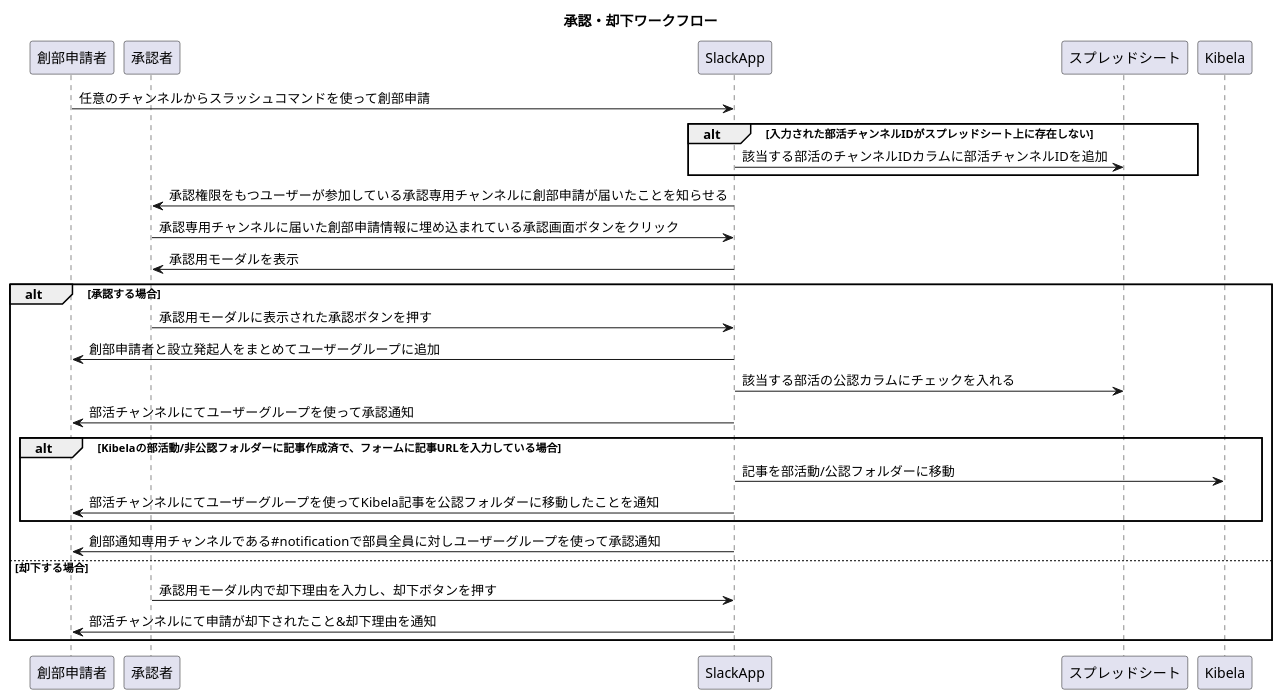
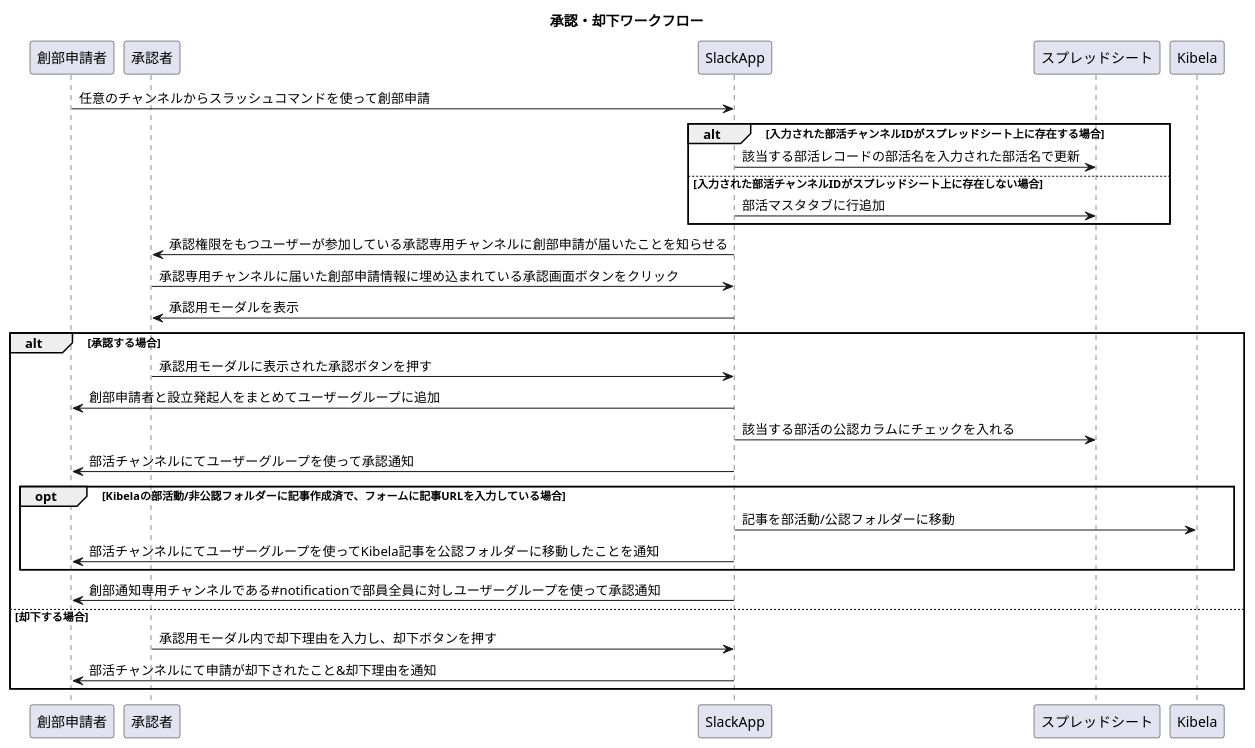
The diagram in docs/sequence-diagram/ButtonFlow.pu (tam-bourine/club-entry-manager), drawn with PlantUML before and after one commit.

Commit message:
update: 初回申請と2回目以降の条件変更

```diff
--- a/docs/sequence-diagram/ButtonFlow.pu
+++ b/docs/sequence-diagram/ButtonFlow.pu
@@ -1,29 +1,30 @@
 @startuml
 title 承認・却下ワークフロー
 
 participant 創部申請者
 participant 承認者
 
 創部申請者 -> SlackApp: 任意のチャンネルからスラッシュコマンドを使って創部申請
-alt 入力された部活チャンネルIDがスプレッドシート上に存在しない
-    SlackApp -> スプレッドシート: 該当する部活のチャンネルIDカラムに部活チャンネルIDを追加
+alt 入力された部活チャンネルIDがスプレッドシート上に存在する場合
+    SlackApp -> スプレッドシート: 該当する部活レコードの部活名を入力された部活名で更新
+else 入力された部活チャンネルIDがスプレッドシート上に存在しない場合
+    SlackApp -> スプレッドシート: 部活マスタタブに行追加
 end
 SlackApp -> 承認者: 承認権限をもつユーザーが参加している承認専用チャンネルに創部申請が届いたことを知らせる
 承認者 -> SlackApp: 承認専用チャンネルに届いた創部申請情報に埋め込まれている承認画面ボタンをクリック
 SlackApp -> 承認者: 承認用モーダルを表示
-
 alt 承認する場合
     承認者 -> SlackApp: 承認用モーダルに表示された承認ボタンを押す
     SlackApp -> 創部申請者: 創部申請者と設立発起人をまとめてユーザーグループに追加
     SlackApp -> スプレッドシート: 該当する部活の公認カラムにチェックを入れる
     SlackApp -> 創部申請者: 部活チャンネルにてユーザーグループを使って承認通知
-    alt Kibelaの部活動/非公認フォルダーに記事作成済で、フォームに記事URLを入力している場合
+    opt Kibelaの部活動/非公認フォルダーに記事作成済で、フォームに記事URLを入力している場合
         SlackApp -> Kibela: 記事を部活動/公認フォルダーに移動
         創部申請者 <- SlackApp: 部活チャンネルにてユーザーグループを使ってKibela記事を公認フォルダーに移動したことを通知
     end
     SlackApp -> 創部申請者: 創部通知専用チャンネルである#notificationで部員全員に対しユーザーグループを使って承認通知
 else 却下する場合
     承認者 -> SlackApp: 承認用モーダル内で却下理由を入力し、却下ボタンを押す
     SlackApp -> 創部申請者: 部活チャンネルにて申請が却下されたこと&却下理由を通知
 end
 @enduml
```
